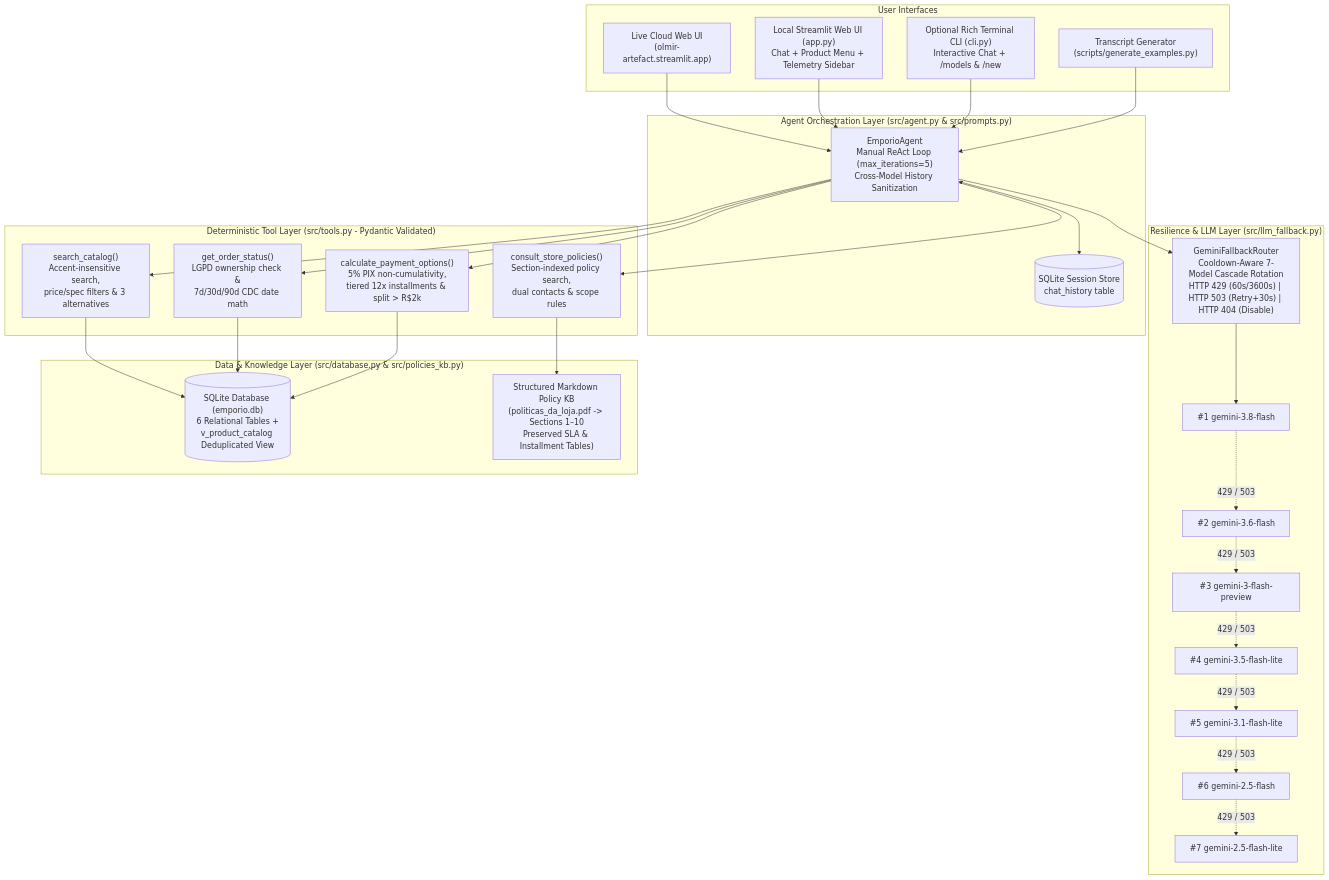
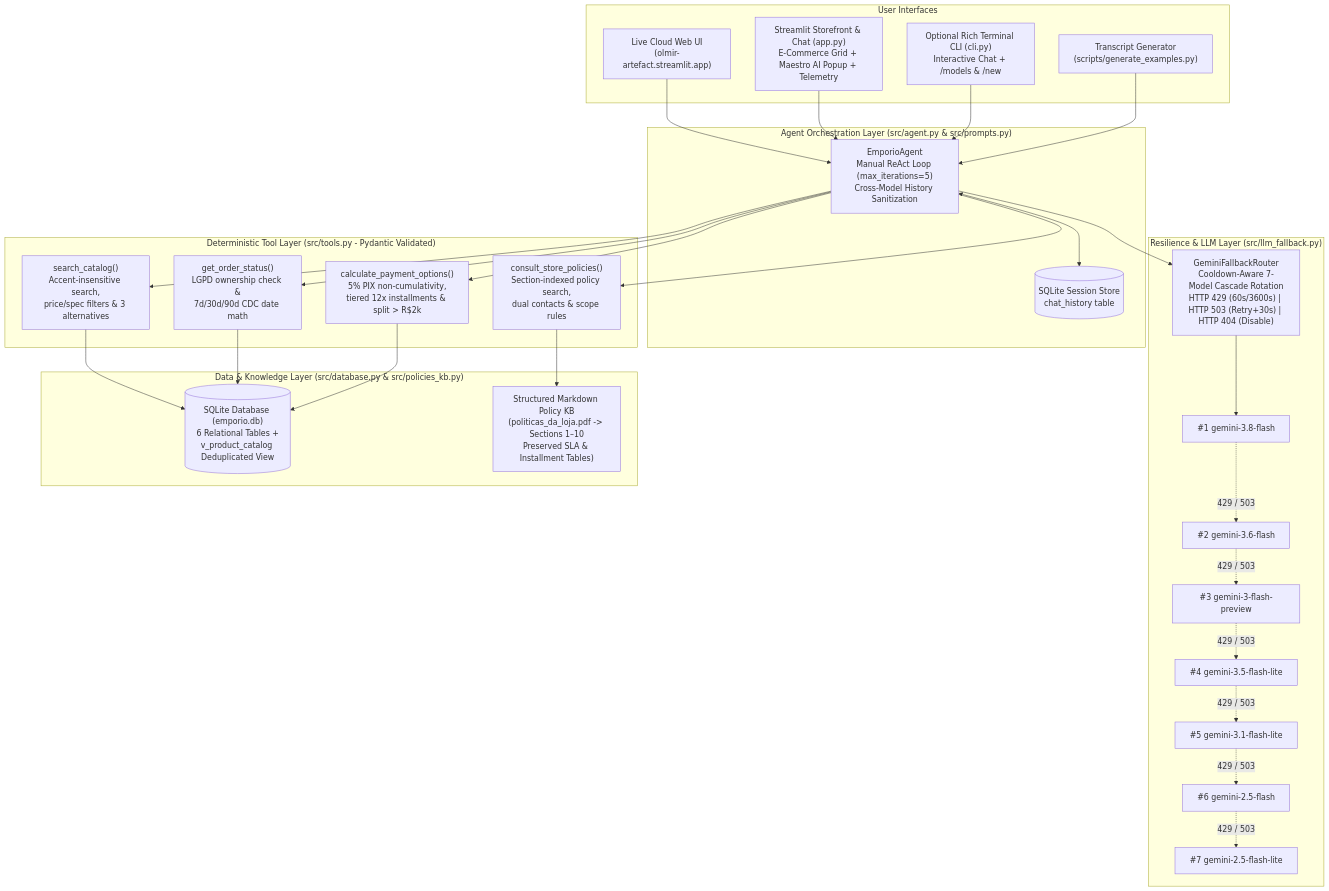
One commit to owmyr/Artefact changed the first of 2 diagrams in README.md. Above: the diagram before and after it, drawn with Mermaid. The commit also changed other lines of this file and 4 other files, not shown here.

````diff
--- a/README.md
+++ b/README.md
@@ -98,55 +99,55 @@
 ```mermaid
 flowchart TB
     subgraph Interfaces["User Interfaces"]
         CLOUD["Live Cloud Web UI<br/>(olmir-artefact.streamlit.app)"]
-        UI["Local Streamlit Web UI (app.py)<br/>Chat + Product Menu + Telemetry Sidebar"]
+        UI["Streamlit Storefront & Chat (app.py)<br/>E-Commerce Grid + Maestro AI Popup + Telemetry"]
         CLI["Optional Rich Terminal CLI (cli.py)<br/>Interactive Chat + /models & /new"]
         GEN["Transcript Generator<br/>(scripts/generate_examples.py)"]
     end
 
     subgraph AgentCore["Agent Orchestration Layer (src/agent.py & src/prompts.py)"]
         AGENT["EmporioAgent<br/>Manual ReAct Loop (max_iterations=5)<br/>Cross-Model History Sanitization"]
         MEM[("SQLite Session Store<br/>chat_history table")]
     end
 
     subgraph RouterLayer["Resilience & LLM Layer (src/llm_fallback.py)"]
         ROUTER["GeminiFallbackRouter<br/>Cooldown-Aware 7-Model Cascade Rotation<br/>HTTP 429 (60s/3600s) | HTTP 503 (Retry+30s) | HTTP 404 (Disable)"]
         M1["#1 gemini-3.8-flash"]
         M2["#2 gemini-3.6-flash"]
         M3["#3 gemini-3-flash-preview"]
         M4["#4 gemini-3.5-flash-lite"]
         M5["#5 gemini-3.1-flash-lite"]
         M6["#6 gemini-2.5-flash"]
         M7["#7 gemini-2.5-flash-lite"]
     end
 
     subgraph ToolLayer["Deterministic Tool Layer (src/tools.py - Pydantic Validated)"]
         T1["search_catalog()<br/>Accent-insensitive search,<br/>price/spec filters & 3 alternatives"]
         T2["calculate_payment_options()<br/>5% PIX non-cumulativity,<br/>tiered 12x installments & split > R$2k"]
         T3["get_order_status()<br/>LGPD ownership check &<br/>7d/30d/90d CDC date math"]
         T4["consult_store_policies()<br/>Section-indexed policy search,<br/>dual contacts & scope rules"]
     end
 
     subgraph DataLayer["Data & Knowledge Layer (src/database.py & src/policies_kb.py)"]
         DB[("SQLite Database (emporio.db)<br/>6 Relational Tables +<br/>v_product_catalog Deduplicated View")]
         KB["Structured Markdown Policy KB<br/>(politicas_da_loja.pdf -> Sections 1–10<br/>Preserved SLA & Installment Tables)"]
     end
 
     CLOUD --> AGENT
     UI --> AGENT
     CLI --> AGENT
     GEN --> AGENT
     AGENT <--> MEM
     AGENT --> ROUTER
     ROUTER --> M1
     M1 -. "429 / 503" .-> M2
     M2 -. "429 / 503" .-> M3
     M3 -. "429 / 503" .-> M4
     M4 -. "429 / 503" .-> M5
     M5 -. "429 / 503" .-> M6
     M6 -. "429 / 503" .-> M7
     AGENT --> T1 & T2 & T3 & T4
     T1 & T3 --> DB
     T2 --> DB
     T4 --> KB
 ```
````
